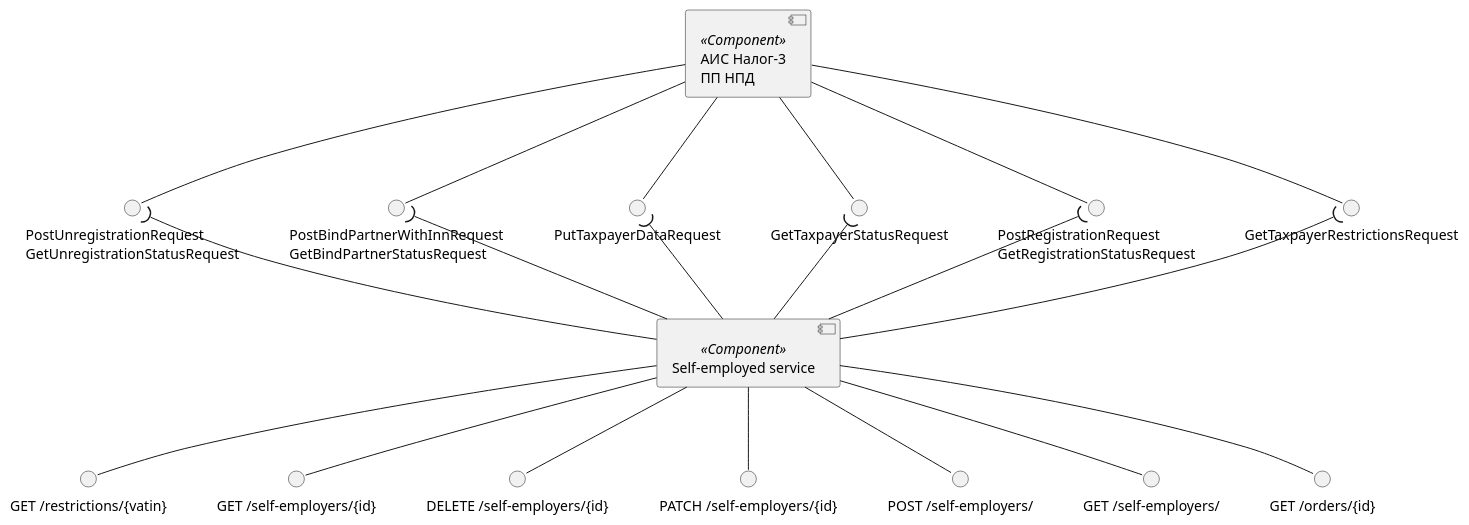
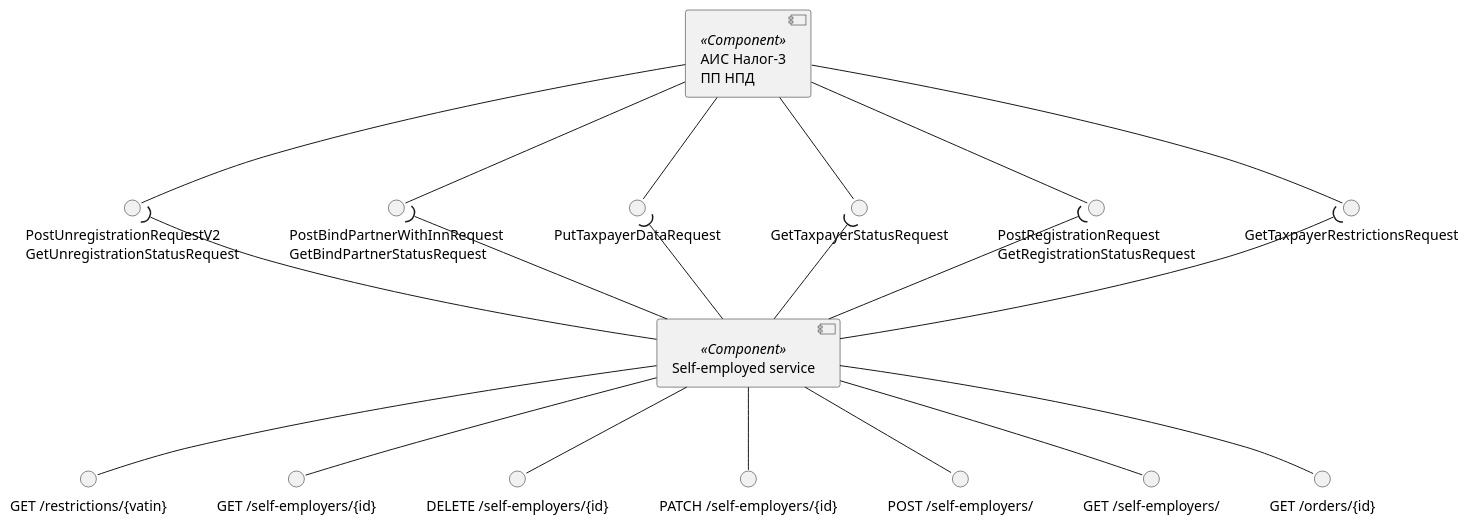
One commit to RaikBitters/ibank-internal-services changed the first of 6 diagrams in diagrams/self-employed-service/components.puml. Above: the diagram before and after it, drawn with PlantUML. The commit also changed 6 other files, not shown here.

Commit message:
Patch diagrams

```diff
--- a/diagrams/self-employed-service/components.puml
+++ b/diagrams/self-employed-service/components.puml
@@ -1,42 +1,42 @@
 @startuml self-employer-components
 
 component "АИС Налог-3\nПП НПД" as Tax3 <<Component>>
 interface "GetTaxpayerRestrictionsRequest" as TaxpayerRestrictions
 interface "PostRegistrationRequest\nGetRegistrationStatusRequest" as Registration
 interface "GetTaxpayerStatusRequest" as TaxpayerStatus
 interface "PutTaxpayerDataRequest" as TaxpayerData
 interface "PostBindPartnerWithInnRequest\nGetBindPartnerStatusRequest" as BindPartner
-interface "PostUnregistrationRequest\nGetUnregistrationStatusRequest" as Unregistration
+interface "PostUnregistrationRequestV2\nGetUnregistrationStatusRequest" as Unregistration
 
 Tax3 --() TaxpayerRestrictions
 Tax3 --() Registration
 Tax3 --() TaxpayerStatus
 Tax3 --() TaxpayerData
 Tax3 --() BindPartner
 Tax3 --() Unregistration
 
 component "Self-employed service" as SelfEmplService <<Component>>
 interface "GET /restrictions/{vatin}" as getRestrictions
 interface "GET /self-employers/{id}" as getSelfEmplsId
 interface "DELETE /self-employers/{id}" as delSelfEmplsId
 interface "PATCH /self-employers/{id}" as patchSelfEmplsId
 interface "POST /self-employers/" as postSelfEmpls
 interface "GET /self-employers/" as getSelfEmpls
 interface "GET /orders/{id}" as getOrdersId
 
 SelfEmplService --() getRestrictions
 SelfEmplService --() getSelfEmpls
 SelfEmplService --() postSelfEmpls
 SelfEmplService --() getSelfEmplsId
 SelfEmplService --() patchSelfEmplsId
 SelfEmplService --() delSelfEmplsId
 SelfEmplService --() getOrdersId
 
 SelfEmplService -up-( TaxpayerRestrictions
 SelfEmplService -up-( Registration
 SelfEmplService -up-( TaxpayerStatus
 SelfEmplService -up-( TaxpayerData
 SelfEmplService -up-( BindPartner
 SelfEmplService -up-( Unregistration
 
 @enduml
```
